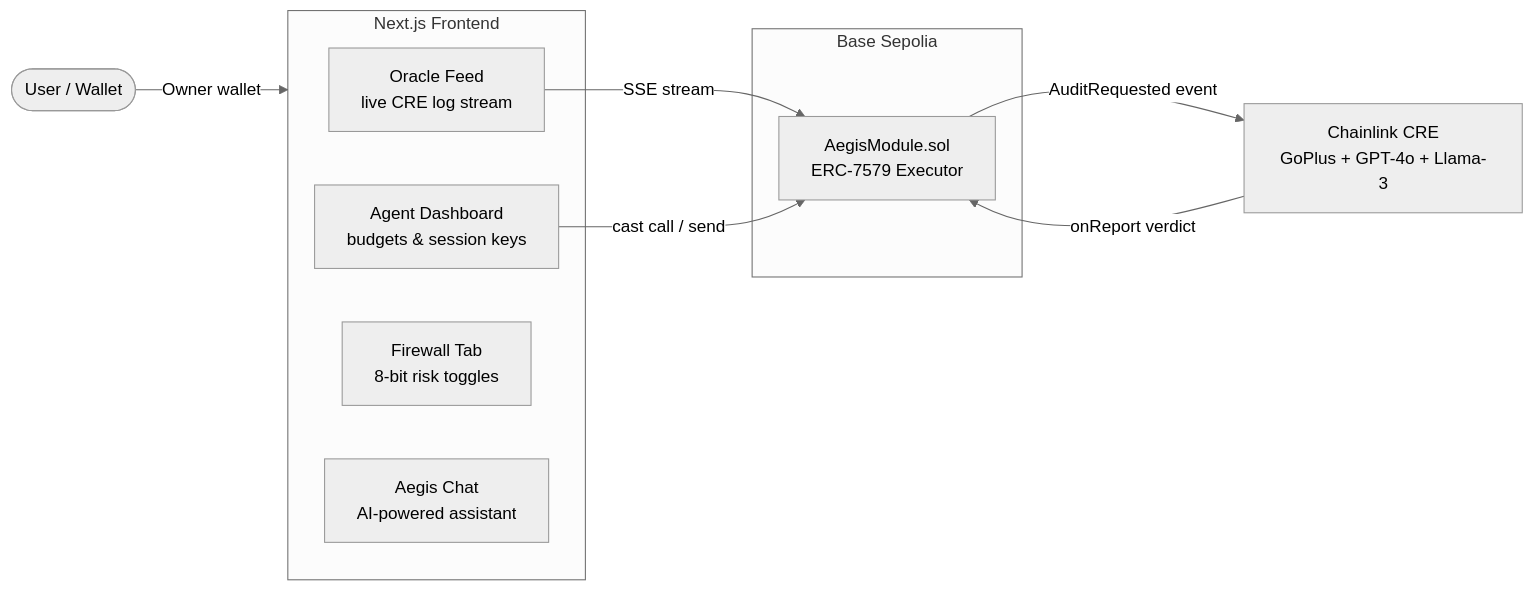
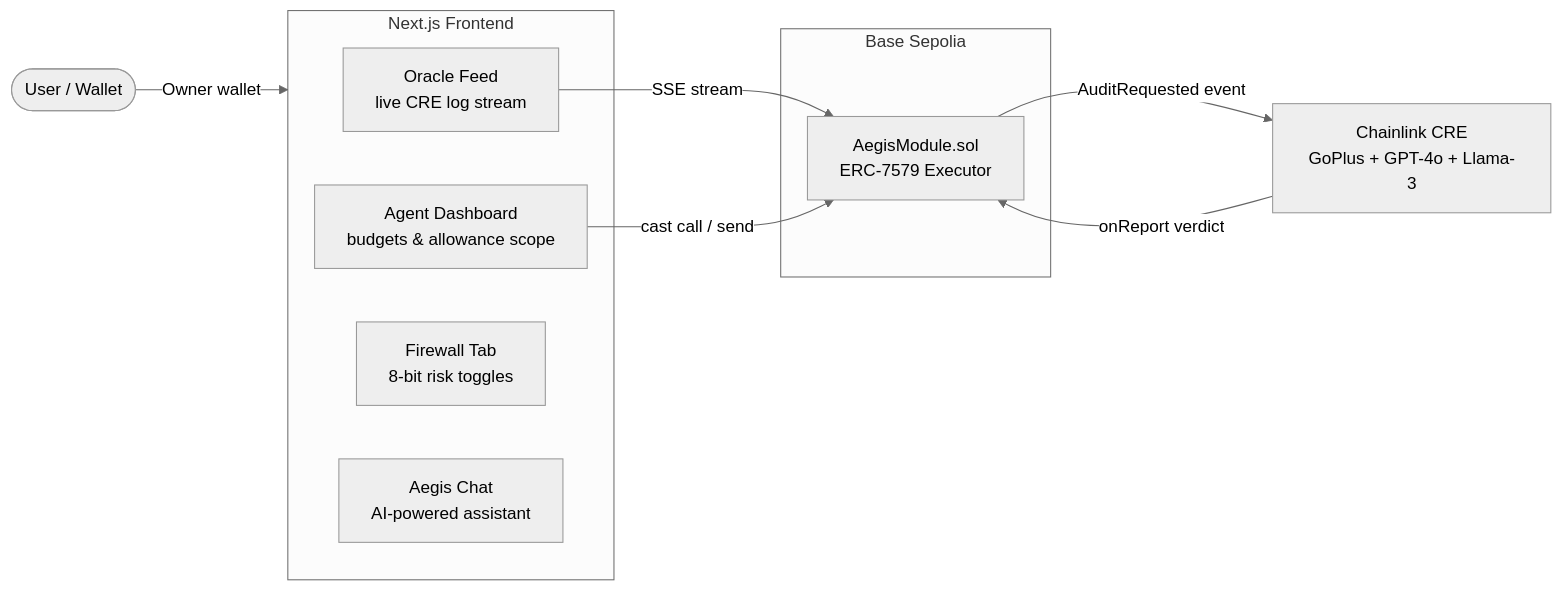
The diagram in aegis-frontend/README.md (vjb/aegis-v5), drawn with Mermaid (neutral theme) before and after one commit. The commit also changed other lines of this file and 7 other files, not shown here.

````diff
--- a/aegis-frontend/README.md
+++ b/aegis-frontend/README.md
@@ -7,20 +7,20 @@
 ```mermaid
 flowchart LR
     User(["User / Wallet"])
     subgraph UI ["Next.js Frontend"]
         OF["Oracle Feed\nlive CRE log stream"]
-        AD["Agent Dashboard\nbudgets & session keys"]
+        AD["Agent Dashboard\nbudgets & allowance scope"]
         FW["Firewall Tab\n8-bit risk toggles"]
         Chat["Aegis Chat\nAI-powered assistant"]
     end
     subgraph Chain ["Base Sepolia"]
         AM["AegisModule.sol\nERC-7579 Executor"]
     end
     CRE["Chainlink CRE\nGoPlus + GPT-4o + Llama-3"]
 
     User -- "Owner wallet" --> UI
     OF -- "SSE stream" --> AM
     AD -- "cast call / send" --> AM
     AM -- "AuditRequested event" --> CRE
     CRE -- "onReport verdict" --> AM
 ```
````
